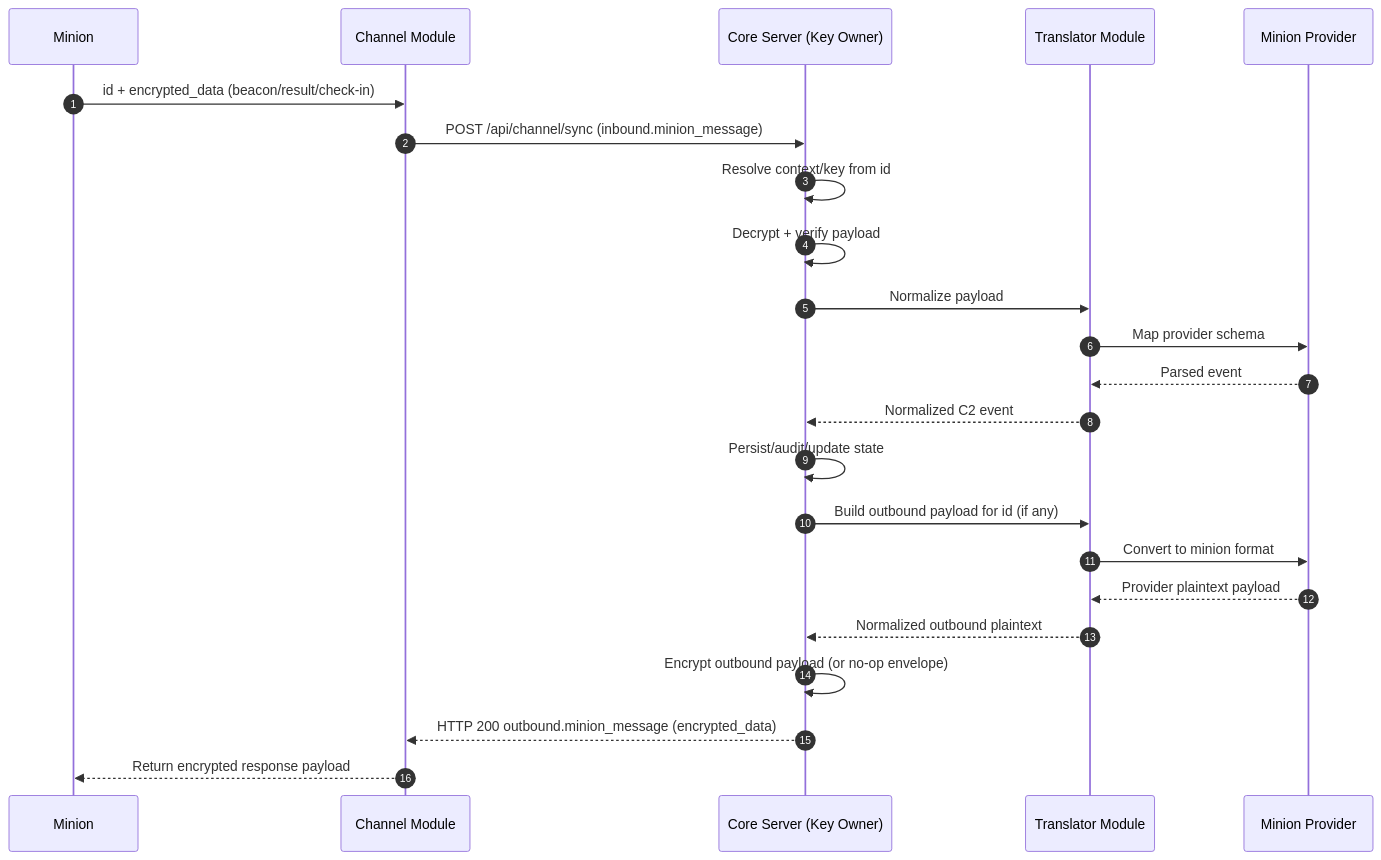
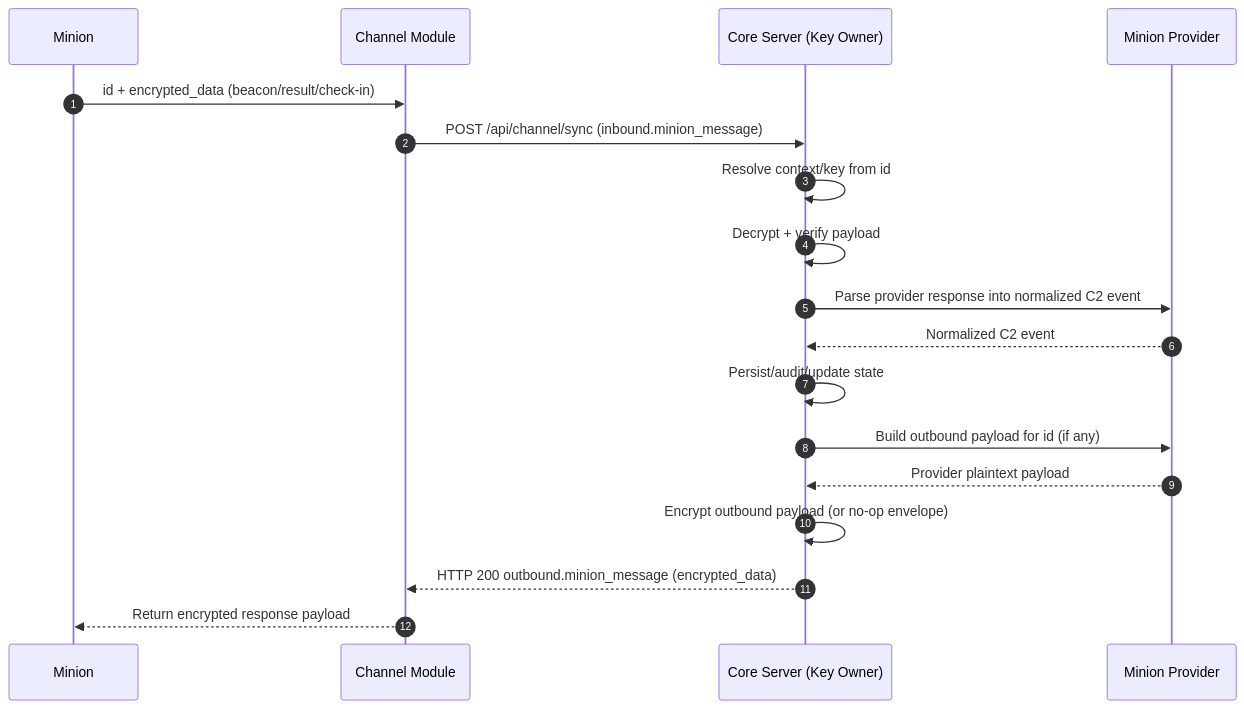
One commit to vibe-c2/vibe-c2-docs changed the diagram in src/content/docs/message-flow-full.md. Above: the diagram before and after it, drawn with Mermaid. The commit also changed other lines of this file and 5 other files, not shown here.

First line of the commit message:
docs: remove translator module concept

````diff
--- a/src/content/docs/message-flow-full.md
+++ b/src/content/docs/message-flow-full.md
@@ -15,27 +14,22 @@
 ```mermaid
 sequenceDiagram
     autonumber
     participant I as Minion
     participant CH as Channel Module
     participant CS as Core Server (Key Owner)
-    participant TR as Translator Module
     participant IP as Minion Provider
 
     I->>CH: id + encrypted_data (beacon/result/check-in)
     CH->>CS: POST /api/channel/sync (inbound.minion_message)
     CS->>CS: Resolve context/key from id
     CS->>CS: Decrypt + verify payload
-    CS->>TR: Normalize payload
-    TR->>IP: Map provider schema
-    IP-->>TR: Parsed event
-    TR-->>CS: Normalized C2 event
+    CS->>IP: Parse provider response into normalized C2 event
+    IP-->>CS: Normalized C2 event
     CS->>CS: Persist/audit/update state
 
-    CS->>TR: Build outbound payload for id (if any)
-    TR->>IP: Convert to minion format
-    IP-->>TR: Provider plaintext payload
-    TR-->>CS: Normalized outbound plaintext
+    CS->>IP: Build outbound payload for id (if any)
+    IP-->>CS: Provider plaintext payload
     CS->>CS: Encrypt outbound payload (or no-op envelope)
     CS-->>CH: HTTP 200 outbound.minion_message (encrypted_data)
     CH-->>I: Return encrypted response payload
 ```
````
